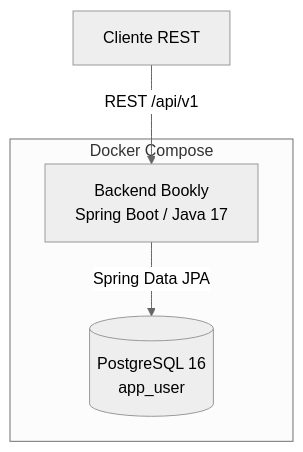
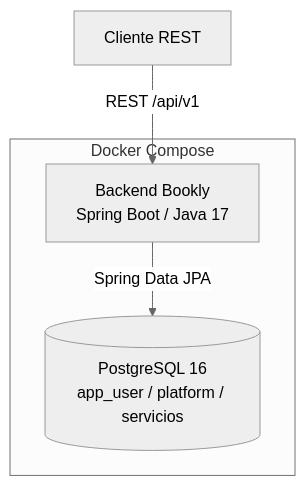
Before and after one commit to Code-Factory-Bookly/backendcf: the second of 5 diagrams in README_ARQUITECTURA.md, drawn with Mermaid (neutral theme). The commit also changed other lines of this file and 26 other files, not shown here.

````diff
--- a/README_ARQUITECTURA.md
+++ b/README_ARQUITECTURA.md
@@ -35,10 +39,10 @@
 ```mermaid
 flowchart TB
     Client[Cliente REST]
     subgraph Docker Compose
       API[Backend Bookly<br/>Spring Boot / Java 17]
-      DB[(PostgreSQL 16<br/>app_user)]
+      DB[(PostgreSQL 16<br/>app_user / platform / servicios)]
     end
     Client -->|REST /api/v1| API
     API -->|Spring Data JPA| DB
 ```
````
